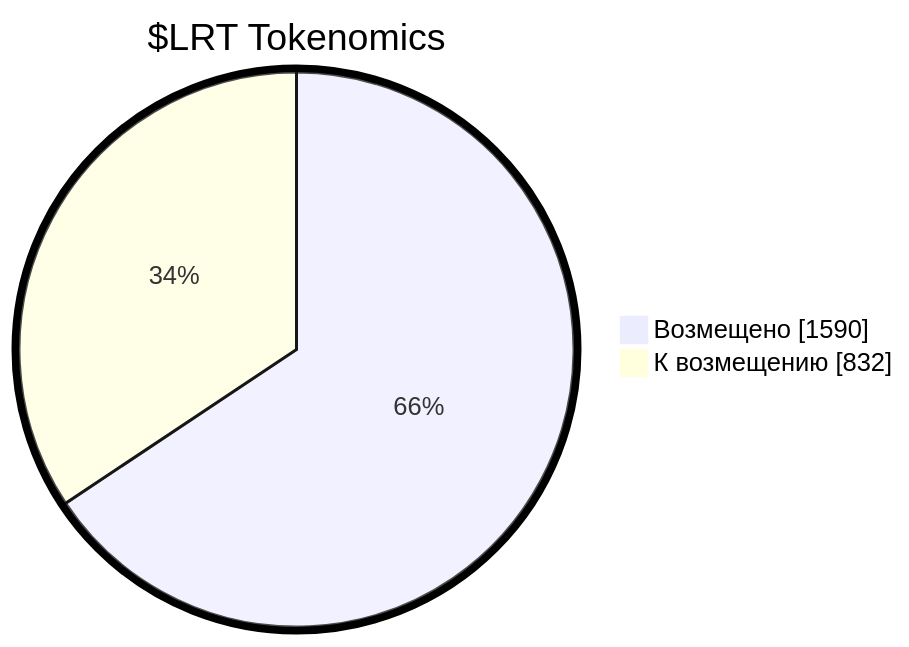
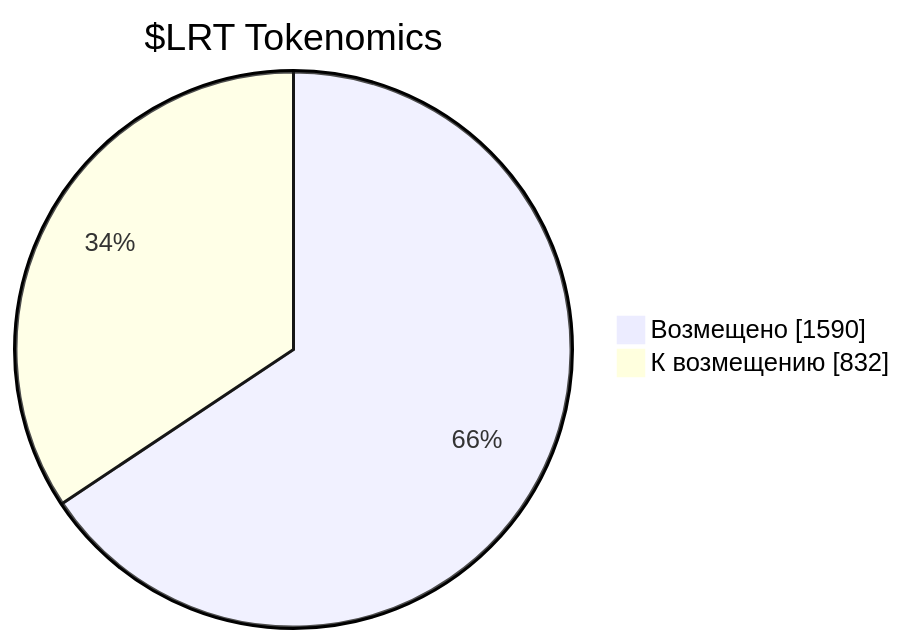
The diagram in index.md (krediton/krediton.github.io), drawn with Mermaid before and after one commit.

````diff
--- a/index.md
+++ b/index.md
@@ -14,7 +14,6 @@
 ```mermaid
-%%{init: {"pie": {"textPosition": 0.5}, "themeVariables": {"pieOuterStrokeWidth": "5px"}} }%%
 pie showData
     title $LRT Tokenomics
     "Возмещено" : 1590
     "К возмещению" : 832
 ```
````
